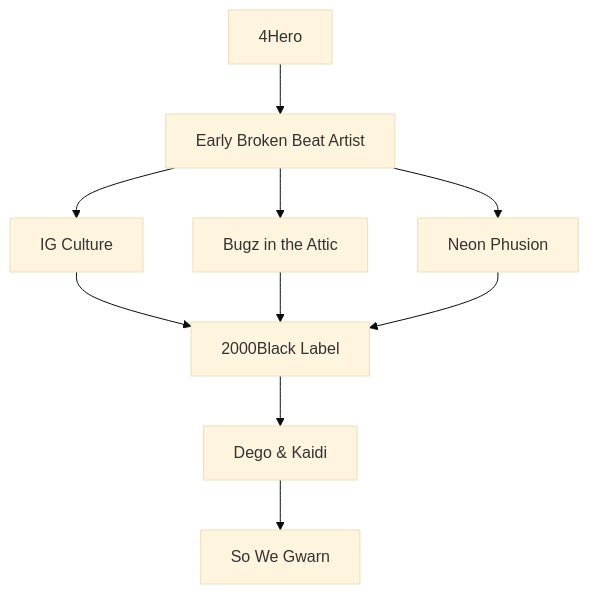
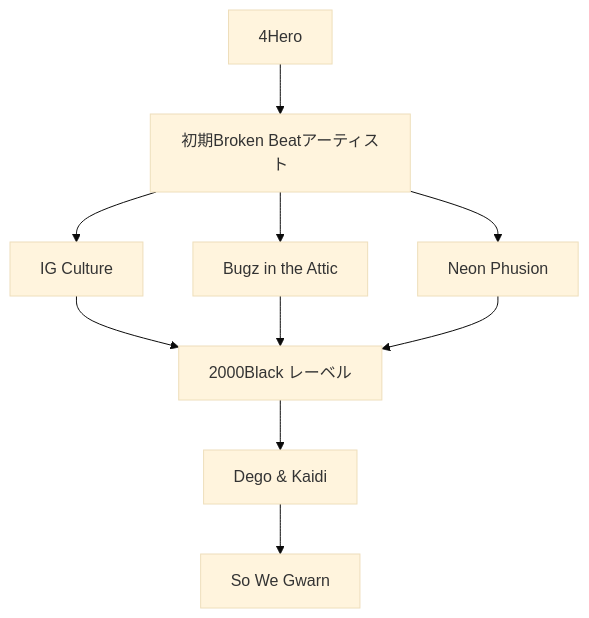
The first of 4 diagrams in en/_posts/2025-11-28-column-dego-kaidi-so-we-gwarn.md (monumental-movement/monumental-movement.github.io), drawn with Mermaid (base theme) before and after one commit. The commit also changed other lines of this file and 775 other files, not shown here.

```diff
--- a/en/_posts/2025-11-28-column-dego-kaidi-so-we-gwarn.md
+++ b/en/_posts/2025-11-28-column-dego-kaidi-so-we-gwarn.md
@@ -33,10 +33,10 @@
 <div class="mermaid">
 flowchart TD
-    A["4Hero"] --> B["Early Broken Beat Artist"]
+    A["4Hero"] --> B["初期Broken Beatアーティスト"]
     B --> C["IG Culture"]
     B --> D["Bugz in the Attic"]
     B --> E["Neon Phusion"]
-    C & D & E --> F["2000Black Label"]
+    C & D & E --> F["2000Black レーベル"]
     F --> G["Dego & Kaidi"]
     G --> H["So We Gwarn"]
 </div>
```
